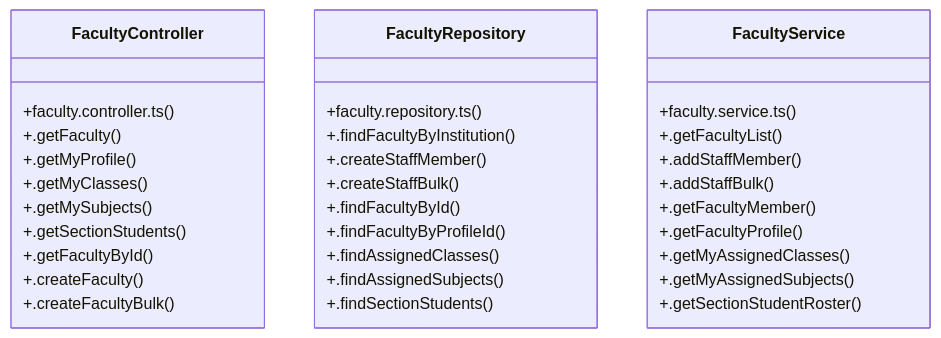
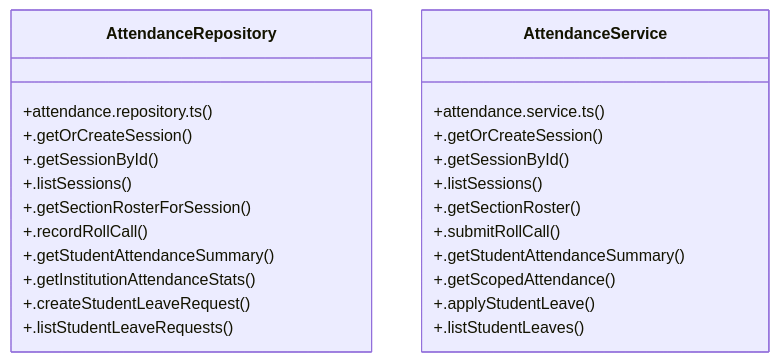
One commit to laxminivas06/vidforum changed the diagram in graphify-out/wiki/[API_BASE_URL_&_DEFAULT_INST_ID]_Cluster.md. Above: the diagram before and after it, drawn with Mermaid. The commit also changed other lines of this file and 212 other files, not shown here.

````diff
--- a/graphify-out/wiki/[API_BASE_URL_&_DEFAULT_INST_ID]_Cluster.md
+++ b/graphify-out/wiki/[API_BASE_URL_&_DEFAULT_INST_ID]_Cluster.md
@@ -36,36 +36,27 @@
 ```mermaid
 classDiagram
-    class FacultyController {
-        +faculty.controller.ts()
-        +.getFaculty()
-        +.getMyProfile()
-        +.getMyClasses()
-        +.getMySubjects()
-        +.getSectionStudents()
-        +.getFacultyById()
-        +.createFaculty()
-        +.createFacultyBulk()
+    class AttendanceRepository {
+        +attendance.repository.ts()
+        +.getOrCreateSession()
+        +.getSessionById()
+        +.listSessions()
+        +.getSectionRosterForSession()
+        +.recordRollCall()
+        +.getStudentAttendanceSummary()
+        +.getInstitutionAttendanceStats()
+        +.createStudentLeaveRequest()
+        +.listStudentLeaveRequests()
     }
-    class FacultyRepository {
-        +faculty.repository.ts()
-        +.findFacultyByInstitution()
-        +.createStaffMember()
-        +.createStaffBulk()
-        +.findFacultyById()
-        +.findFacultyByProfileId()
-        +.findAssignedClasses()
-        +.findAssignedSubjects()
-        +.findSectionStudents()
-    }
-    class FacultyService {
-        +faculty.service.ts()
-        +.getFacultyList()
-        +.addStaffMember()
-        +.addStaffBulk()
-        +.getFacultyMember()
-        +.getFacultyProfile()
-        +.getMyAssignedClasses()
-        +.getMyAssignedSubjects()
-        +.getSectionStudentRoster()
+    class AttendanceService {
+        +attendance.service.ts()
+        +.getOrCreateSession()
+        +.getSessionById()
+        +.listSessions()
+        +.getSectionRoster()
+        +.submitRollCall()
+        +.getStudentAttendanceSummary()
+        +.getScopedAttendance()
+        +.applyStudentLeave()
+        +.listStudentLeaves()
     }
 ```
````
